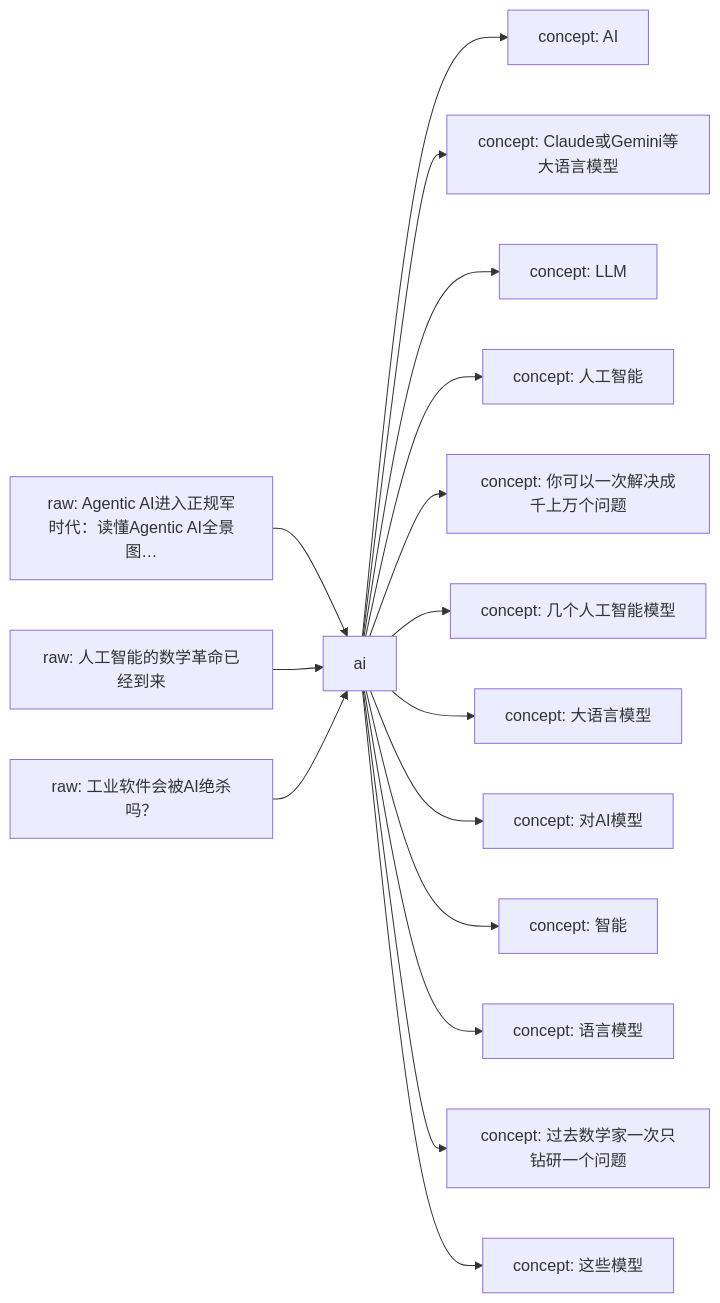
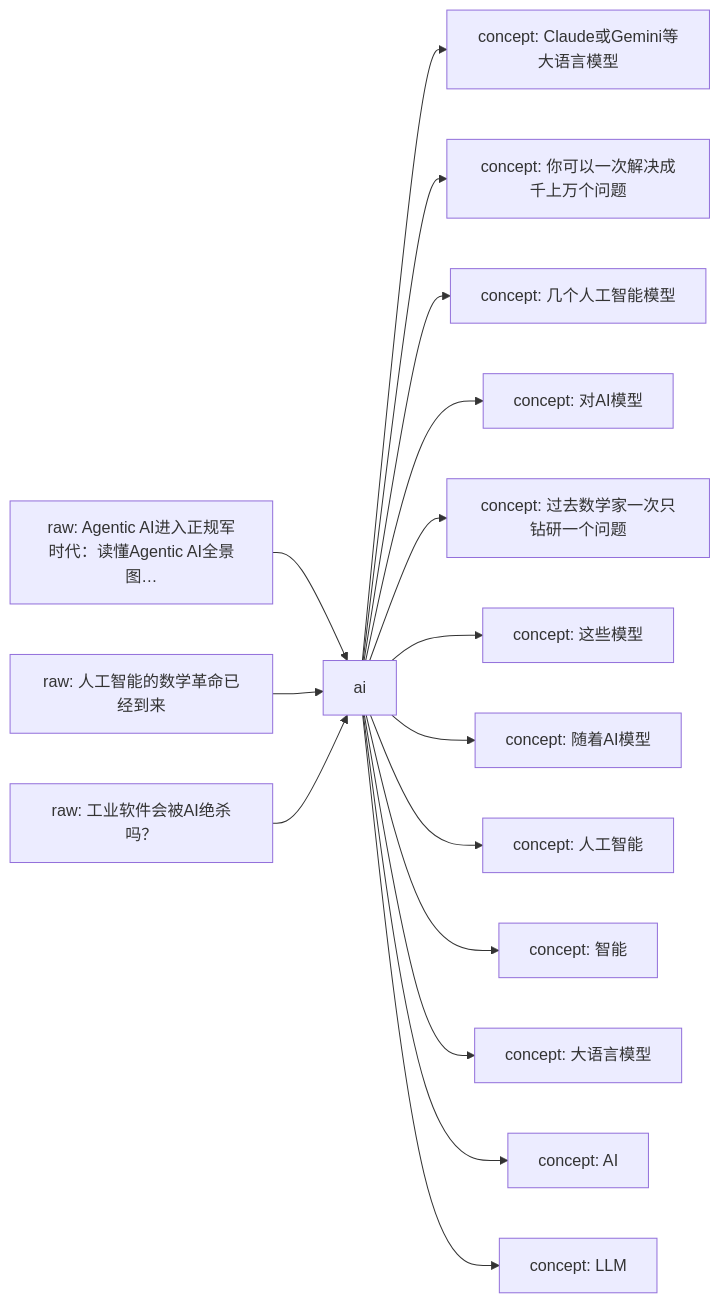
The first of 2 diagrams in LLM Wiki/wiki/domains/ai.md (mwbel/ResearchManjushri), drawn with Mermaid before and after one commit. The commit also changed other lines of this file and 172 other files, not shown here.

````diff
--- a/LLM Wiki/wiki/domains/ai.md
+++ b/LLM Wiki/wiki/domains/ai.md
@@ -32,19 +32,19 @@
 ```mermaid
 flowchart LR
     D["ai"]
     R1["raw: Agentic AI进入正规军时代：读懂Agentic AI全景图…"] --> D
     R2["raw: 人工智能的数学革命已经到来"] --> D
     R3["raw: 工业软件会被AI绝杀吗？"] --> D
-    D --> W1["concept: AI"]
-    D --> W2["concept: Claude或Gemini等大语言模型"]
-    D --> W3["concept: LLM"]
-    D --> W4["concept: 人工智能"]
-    D --> W5["concept: 你可以一次解决成千上万个问题"]
-    D --> W6["concept: 几个人工智能模型"]
-    D --> W7["concept: 大语言模型"]
-    D --> W8["concept: 对AI模型"]
+    D --> W1["concept: Claude或Gemini等大语言模型"]
+    D --> W2["concept: 你可以一次解决成千上万个问题"]
+    D --> W3["concept: 几个人工智能模型"]
+    D --> W4["concept: 对AI模型"]
+    D --> W5["concept: 过去数学家一次只钻研一个问题"]
+    D --> W6["concept: 这些模型"]
+    D --> W7["concept: 随着AI模型"]
+    D --> W8["concept: 人工智能"]
     D --> W9["concept: 智能"]
-    D --> W10["concept: 语言模型"]
-    D --> W11["concept: 过去数学家一次只钻研一个问题"]
-    D --> W12["concept: 这些模型"]
+    D --> W10["concept: 大语言模型"]
+    D --> W11["concept: AI"]
+    D --> W12["concept: LLM"]
 ```
````
